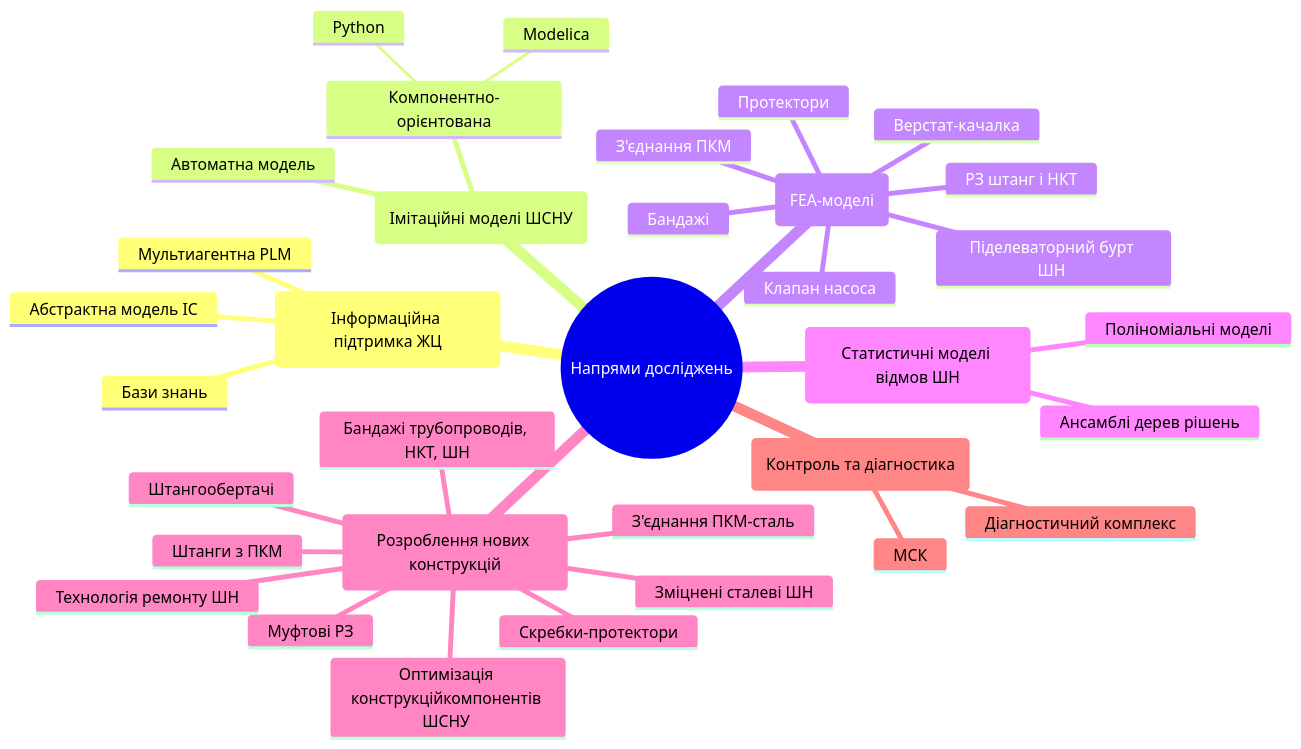
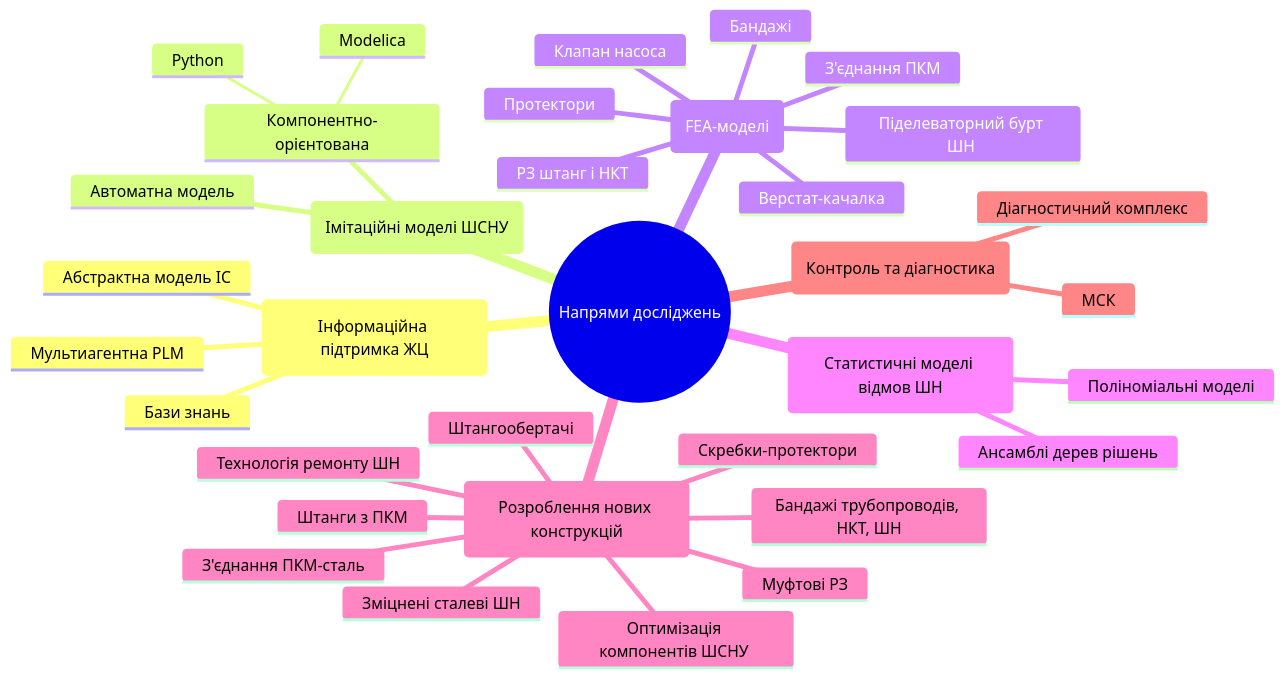
The diagram in diagram2.md (vkopey/PU), drawn with Mermaid before and after one commit.

````diff
--- a/diagram2.md
+++ b/diagram2.md
@@ -1,37 +1,37 @@
 ```mermaid
 mindmap
   ((Напрями досліджень))
     (Інформаційна підтримка ЖЦ)
       Абстрактна модель ІС
       Мультиагентна PLM
       Бази знань
     (Імітаційні моделі ШСНУ)
       Автоматна модель
       Компонентно-орієнтована
         Modelica
         Python
     (FEA-моделі)
       РЗ штанг і НКТ
       З'єднання ПКМ
       Бандажі
       Протектори
       Клапан насоса
       Верстат-качалка
       Піделеваторний бурт ШН 
     (Статистичні моделі відмов ШН)
       Поліноміальні моделі
       Ансамблі дерев рішень
     (Розроблення нових конструкцій)
       Штанги з ПКМ
       Бандажі трубопроводів, НКТ, ШН
       З'єднання ПКМ-сталь
-      Оптимізація конструкційкомпонентів ШСНУ 
+      Оптимізація компонентів ШСНУ 
       Муфтові РЗ
       Штангообертачі
       Скребки-протектори
       Зміцнені сталеві ШН
       Технологія ремонту ШН
     (Контроль та діагностика) 
       МСК
       Діагностичний комплекс
 ```
````
